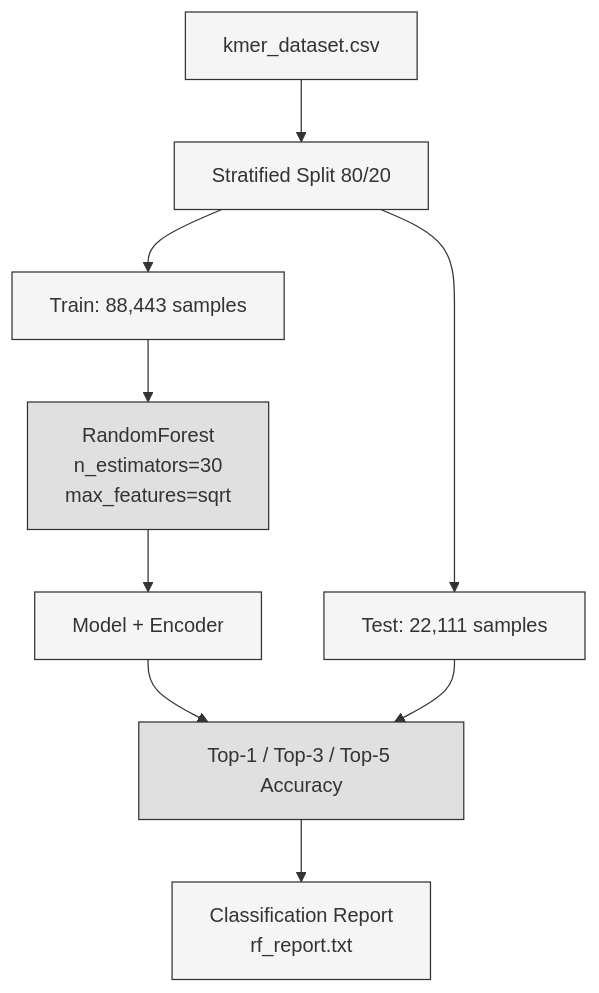
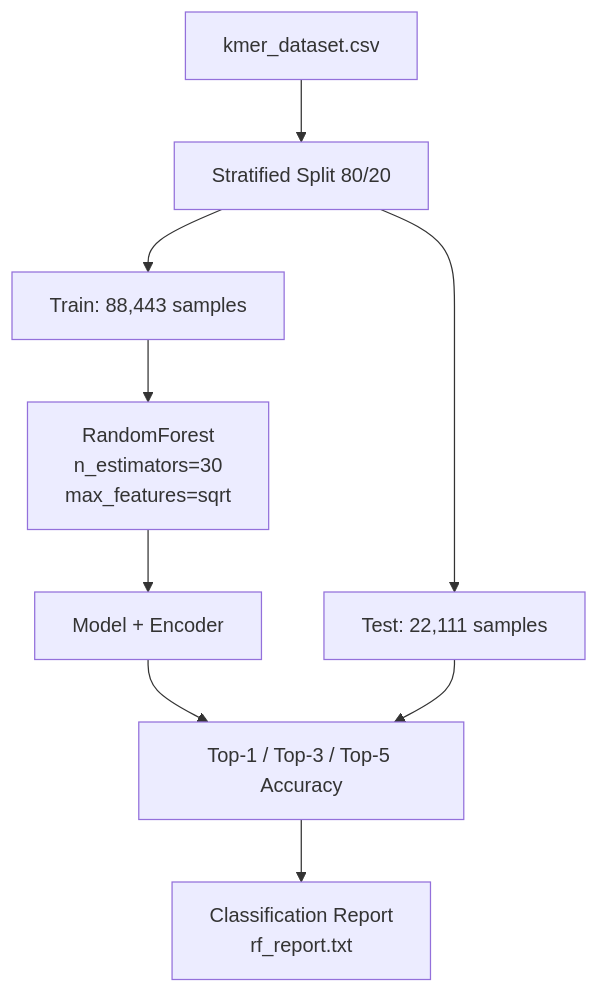
The third of 3 diagrams in README.md (0DhruvHere0/Aqua-DNA-Classifier), drawn with Mermaid before and after one commit. The commit also changed other lines of this file, not shown here.

````diff
--- a/README.md
+++ b/README.md
@@ -77,15 +57,11 @@
 ```mermaid
 flowchart TD
-    A[kmer_dataset.csv] --> B[Stratified Split 80/20]
-    B --> C[Train: 88,443 samples]
-    B --> D[Test: 22,111 samples]
-    C --> E[RandomForest\nn_estimators=30\nmax_features=sqrt]
-    E --> F[Model + Encoder]
-    F --> G[Top-1 / Top-3 / Top-5 Accuracy]
+    A["kmer_dataset.csv"] --> B["Stratified Split 80/20"]
+    B --> C["Train: 88,443 samples"]
+    B --> D["Test: 22,111 samples"]
+    C --> E["RandomForest<br/>n_estimators=30<br/>max_features=sqrt"]
+    E --> F["Model + Encoder"]
+    F --> G["Top-1 / Top-3 / Top-5 Accuracy"]
     D --> G
-    G --> H[Classification Report\nrf_report.txt]
-
-    classDef default fill:#f5f5f5,stroke:#333,stroke-width:1px
-    style E fill:#e0e0e0,stroke:#333
-    style G fill:#e0e0e0,stroke:#333
+    G --> H["Classification Report<br/>rf_report.txt"]
 ```
````
